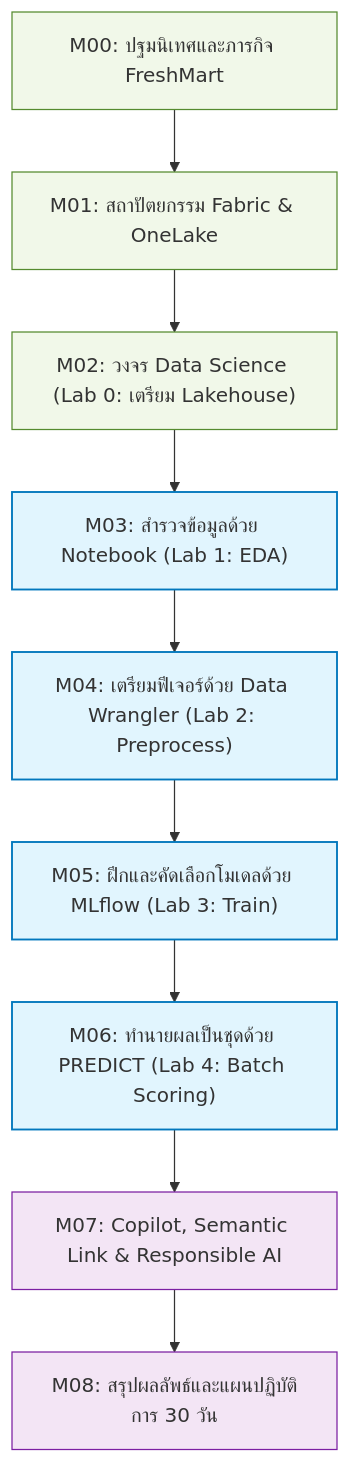
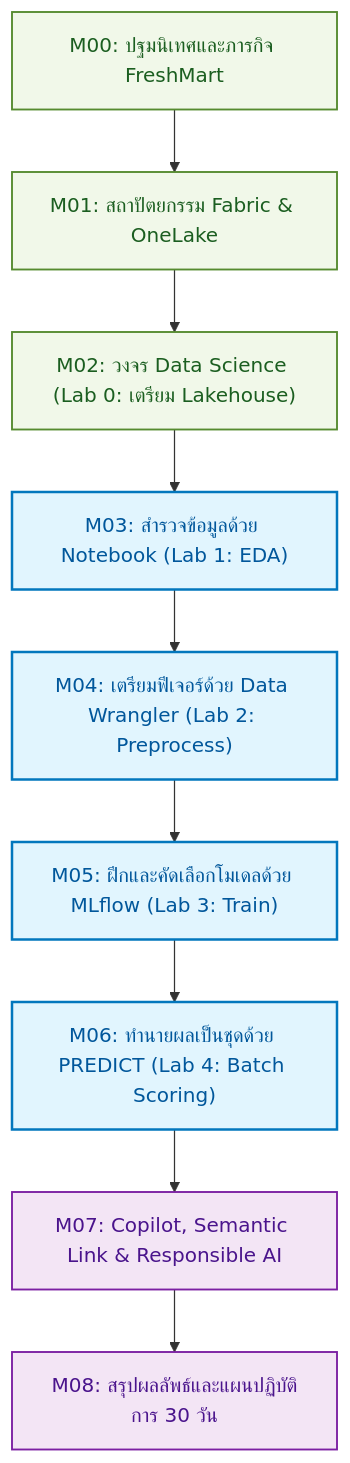
One commit to DataFabric-Academy/ms-fabric-data-science changed the diagram in docs/00-overview.md. Above: the diagram before and after it, drawn with Mermaid. The commit also changed 6 other files, not shown here.

````diff
--- a/docs/00-overview.md
+++ b/docs/00-overview.md
@@ -33,19 +33,19 @@
 ```mermaid
 flowchart TD
     M00["M00: ปฐมนิเทศและภารกิจ FreshMart"] --> M01["M01: สถาปัตยกรรม Fabric & OneLake"]
     M01 --> M02["M02: วงจร Data Science (Lab 0: เตรียม Lakehouse)"]
     M02 --> M03["M03: สำรวจข้อมูลด้วย Notebook (Lab 1: EDA)"]
     M03 --> M04["M04: เตรียมฟีเจอร์ด้วย Data Wrangler (Lab 2: Preprocess)"]
     M04 --> M05["M05: ฝึกและคัดเลือกโมเดลด้วย MLflow (Lab 3: Train)"]
     M05 --> M06["M06: ทำนายผลเป็นชุดด้วย PREDICT (Lab 4: Batch Scoring)"]
     M06 --> M07["M07: Copilot, Semantic Link & Responsible AI"]
     M07 --> M08["M08: สรุปผลลัพธ์และแผนปฏิบัติการ 30 วัน"]
 
-    classDef foundation fill:#f1f8e9,stroke:#558b2f,stroke-width:1px;
-    classDef core fill:#e1f5fe,stroke:#0277bd,stroke-width:1.5px;
-    classDef advance fill:#f3e5f5,stroke:#7b1fa2,stroke-width:1px;
+    classDef foundation fill:#f1f8e9,stroke:#558b2f,stroke-width:1.5px,color:#1b5e20;
+    classDef core fill:#e1f5fe,stroke:#0277bd,stroke-width:2px,color:#01579b;
+    classDef advance fill:#f3e5f5,stroke:#7b1fa2,stroke-width:1.5px,color:#4a148c;
     
     class M00,M01,M02 foundation;
     class M03,M04,M05,M06 core;
     class M07,M08 advance;
 ```
````
